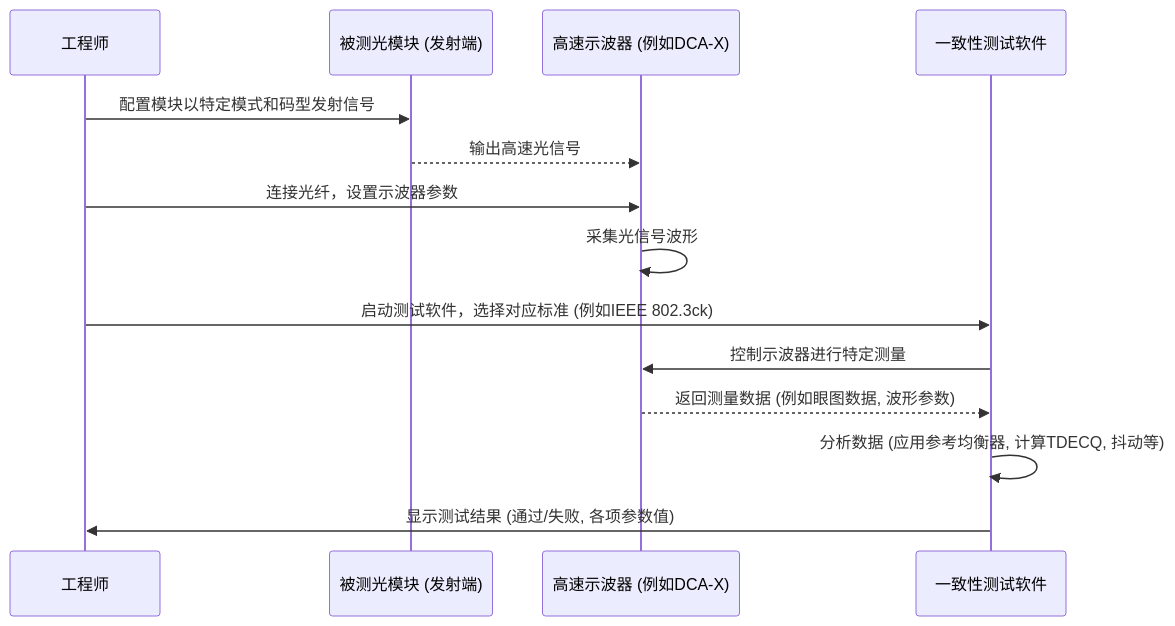
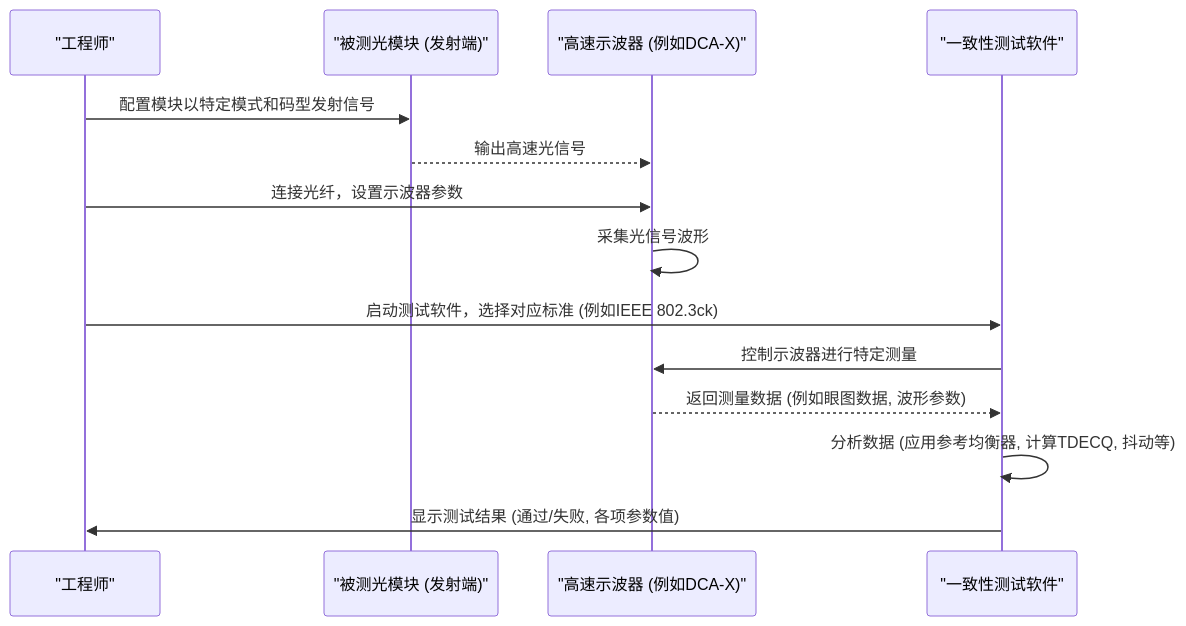
Before and after one commit to jueshi/PocketFlow-Tutorial-Codebase-Knowledge: the fifth of 5 diagrams in output/Data_Center_Ethernet_Technology_and_Evolution_to_224_Gbps/08_高速信号测试与验证_.md, drawn with Mermaid. The commit also changed other lines of this file and 282 other files, not shown here.

````diff
--- a/output/Data_Center_Ethernet_Technology_and_Evolution_to_224_Gbps/08_高速信号测试与验证_.md
+++ b/output/Data_Center_Ethernet_Technology_and_Evolution_to_224_Gbps/08_高速信号测试与验证_.md
@@ -172,17 +168,17 @@
 ```mermaid
 sequenceDiagram
-    participant Eng as 工程师
-    participant DUT_Tx as 被测光模块 (发射端)
-    participant Scope as 高速示波器 (例如DCA-X)
-    participant CompSW as 一致性测试软件
+    participant Eng as "工程师"
+    participant DUT_Tx as "被测光模块 (发射端)"
+    participant Scope as "高速示波器 (例如DCA-X)"
+    participant CompSW as "一致性测试软件"
 
     Eng->>DUT_Tx: 配置模块以特定模式和码型发射信号
     DUT_Tx-->>Scope: 输出高速光信号
     Eng->>Scope: 连接光纤，设置示波器参数
     Scope->>Scope: 采集光信号波形
     Eng->>CompSW: 启动测试软件，选择对应标准 (例如IEEE 802.3ck)
     CompSW->>Scope: 控制示波器进行特定测量
     Scope-->>CompSW: 返回测量数据 (例如眼图数据, 波形参数)
     CompSW->>CompSW: 分析数据 (应用参考均衡器, 计算TDECQ, 抖动等)
     CompSW->>Eng: 显示测试结果 (通过/失败, 各项参数值)
 ```
````
